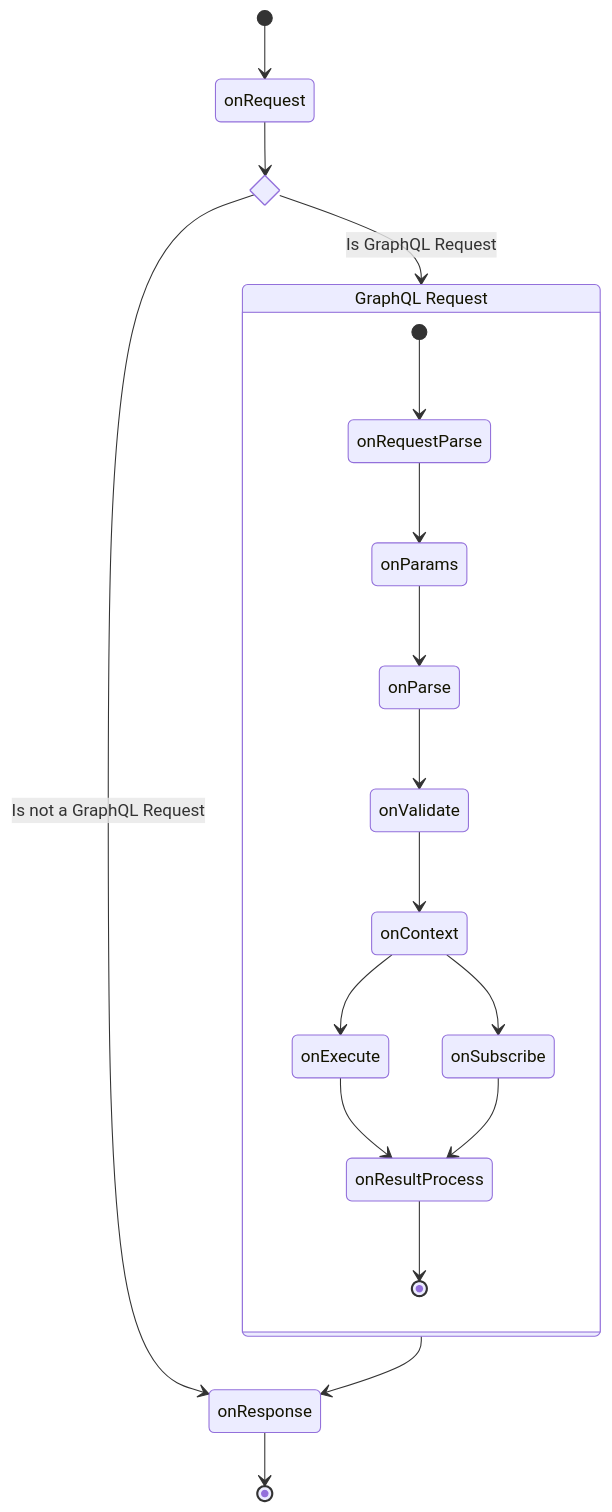
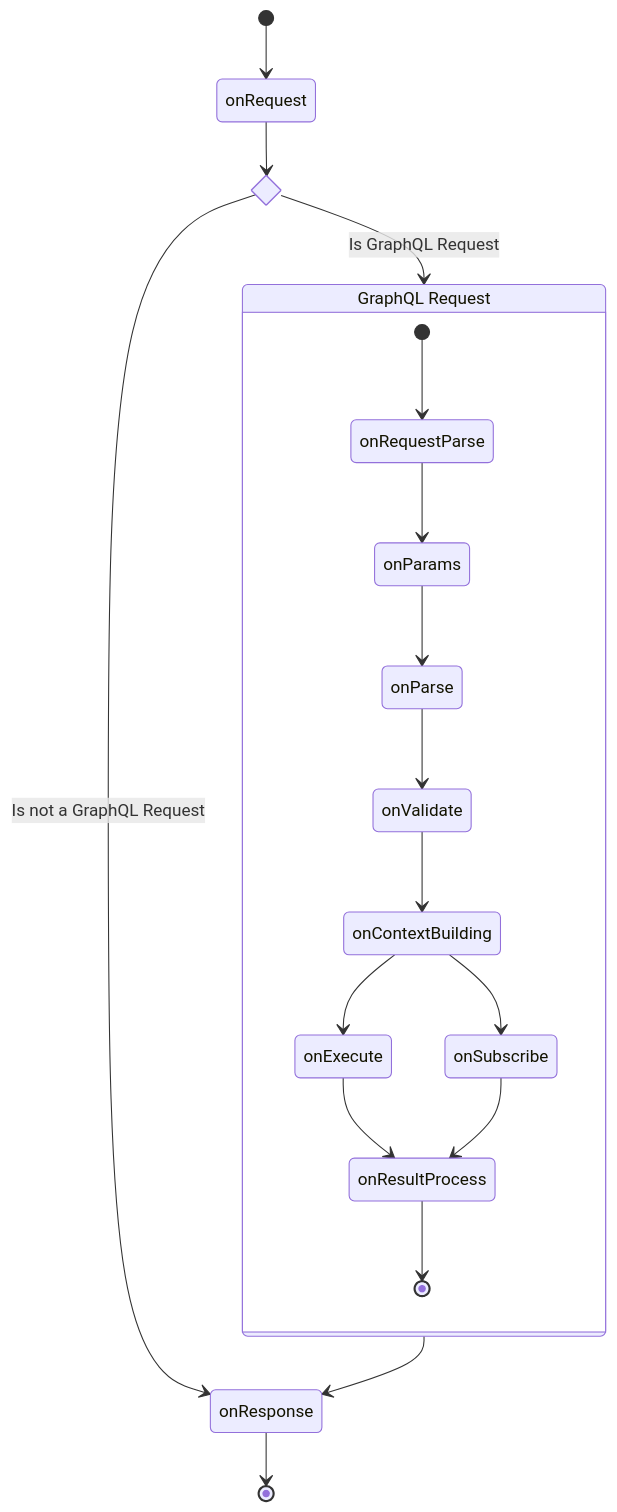
The diagram in website/src/pages/docs/features/envelop-plugins.mdx (dotansimha/graphql-yoga), drawn with Mermaid before and after one commit. The commit also changed other lines of this file, not shown here.

Commit message:
Rename `onContext` to `onContextBuilding`

````diff
--- a/website/src/pages/docs/features/envelop-plugins.mdx
+++ b/website/src/pages/docs/features/envelop-plugins.mdx
@@ -111,32 +111,32 @@
 ```mermaid
 stateDiagram-v2
     [*] --> onRequest
 
     state onRequest_if_state <<choice>>
 
     onRequest --> onRequest_if_state
 
     onRequest_if_state --> onResponse: Is not a GraphQL Request
     onRequest_if_state --> GraphQLRequest: Is GraphQL Request
 
     GraphQLRequest: GraphQL Request
 
     state GraphQLRequest {
       [*] --> onRequestParse
       onRequestParse --> onParams
       onParams --> onParse
       onParse --> onValidate
-      onValidate --> onContext
-      onContext --> onExecute
-      onContext --> onSubscribe
+      onValidate --> onContextBuilding
+      onContextBuilding --> onExecute
+      onContextBuilding --> onSubscribe
 
       onExecute --> onResultProcess
       onSubscribe --> onResultProcess
 
       onResultProcess --> [*]
     }
 
     GraphQLRequest --> onResponse
     onResponse --> [*]
 
 ```
````
